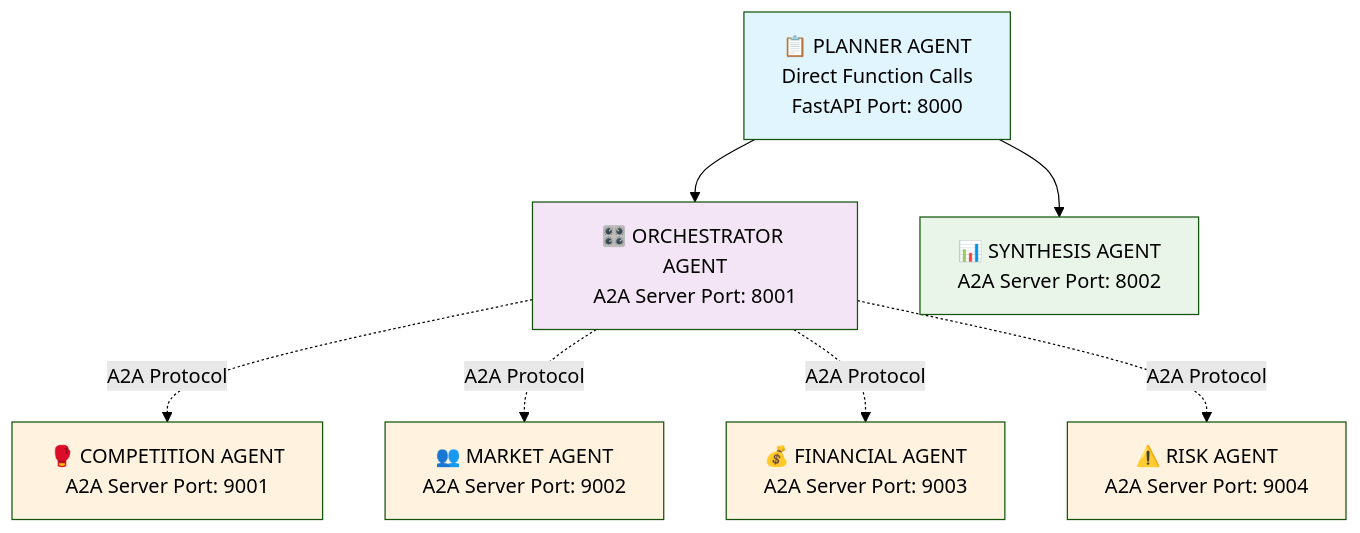
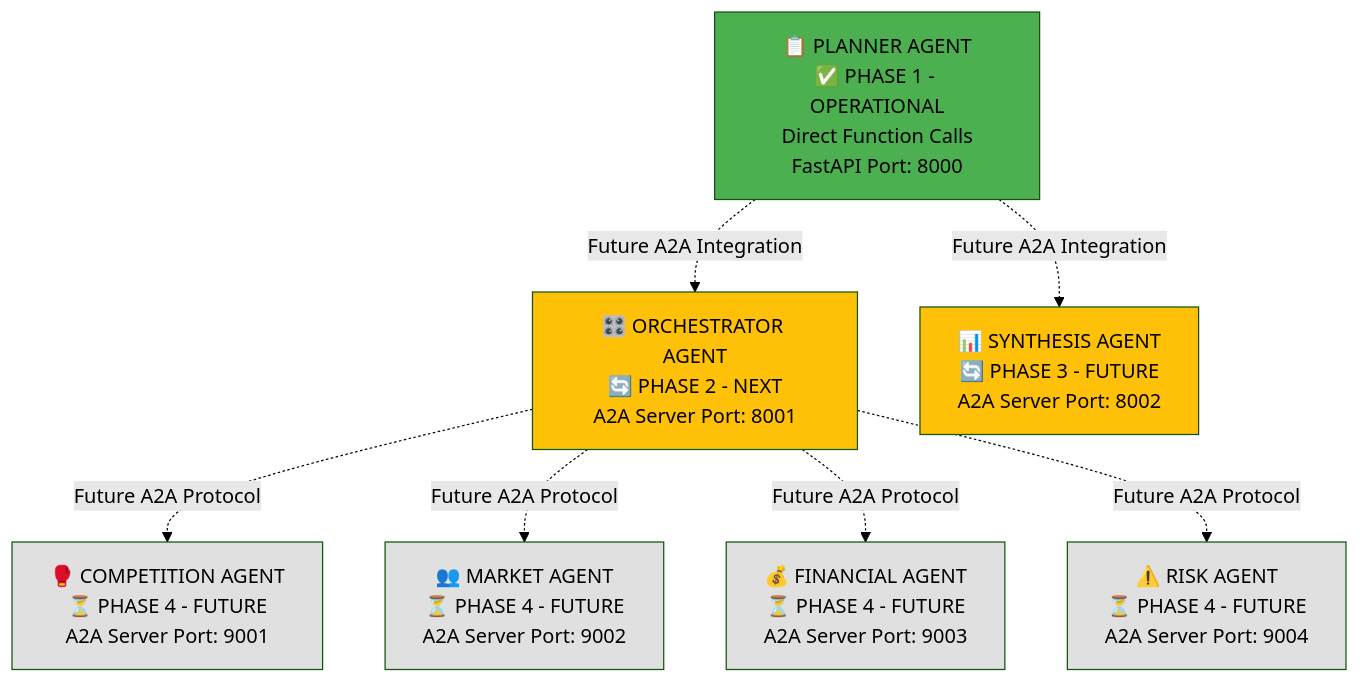
One commit to victorbash400/scout changed the diagram in SCOUT_BLUEPRINT.md. Above: the diagram before and after it, drawn with Mermaid (forest theme). The commit also changed other lines of this file and 3 other files, not shown here.

````diff
--- a/SCOUT_BLUEPRINT.md
+++ b/SCOUT_BLUEPRINT.md
@@ -15,17 +17,25 @@
 ```mermaid
 graph TD
-    A[📋 PLANNER AGENT<br/>Direct Function Calls<br/>FastAPI Port: 8000] --> B[🎛️ ORCHESTRATOR AGENT<br/>A2A Server Port: 8001]
-    A --> G[📊 SYNTHESIS AGENT<br/>A2A Server Port: 8002]
-    B -.->|A2A Protocol| C[🥊 COMPETITION AGENT<br/>A2A Server Port: 9001]
-    B -.->|A2A Protocol| D[👥 MARKET AGENT<br/>A2A Server Port: 9002]
-    B -.->|A2A Protocol| E[💰 FINANCIAL AGENT<br/>A2A Server Port: 9003]
-    B -.->|A2A Protocol| F[⚠️ RISK AGENT<br/>A2A Server Port: 9004]
+    A[📋 PLANNER AGENT<br/>✅ PHASE 1 - OPERATIONAL<br/>Direct Function Calls<br/>FastAPI Port: 8000] 
+    B[🎛️ ORCHESTRATOR AGENT<br/>🔄 PHASE 2 - NEXT<br/>A2A Server Port: 8001]
+    G[📊 SYNTHESIS AGENT<br/>🔄 PHASE 3 - FUTURE<br/>A2A Server Port: 8002]
+    C[🥊 COMPETITION AGENT<br/>⏳ PHASE 4 - FUTURE<br/>A2A Server Port: 9001]
+    D[👥 MARKET AGENT<br/>⏳ PHASE 4 - FUTURE<br/>A2A Server Port: 9002]
+    E[💰 FINANCIAL AGENT<br/>⏳ PHASE 4 - FUTURE<br/>A2A Server Port: 9003]
+    F[⚠️ RISK AGENT<br/>⏳ PHASE 4 - FUTURE<br/>A2A Server Port: 9004]
     
-    style A fill:#e1f5fe
-    style B fill:#f3e5f5
-    style G fill:#e8f5e8
-    style C fill:#fff3e0
-    style D fill:#fff3e0
-    style E fill:#fff3e0
-    style F fill:#fff3e0
+    A -.->|Future A2A Integration| B
+    A -.->|Future A2A Integration| G
+    B -.->|Future A2A Protocol| C
+    B -.->|Future A2A Protocol| D
+    B -.->|Future A2A Protocol| E
+    B -.->|Future A2A Protocol| F
+    
+    style A fill:#4CAF50
+    style B fill:#FFC107
+    style G fill:#FFC107
+    style C fill:#E0E0E0
+    style D fill:#E0E0E0
+    style E fill:#E0E0E0
+    style F fill:#E0E0E0
 ```
````
